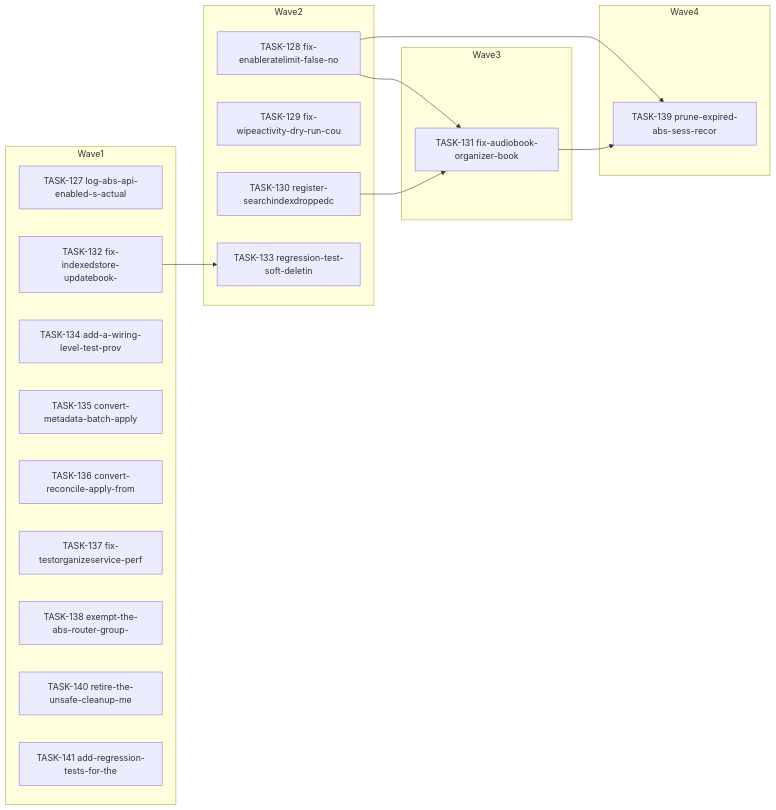
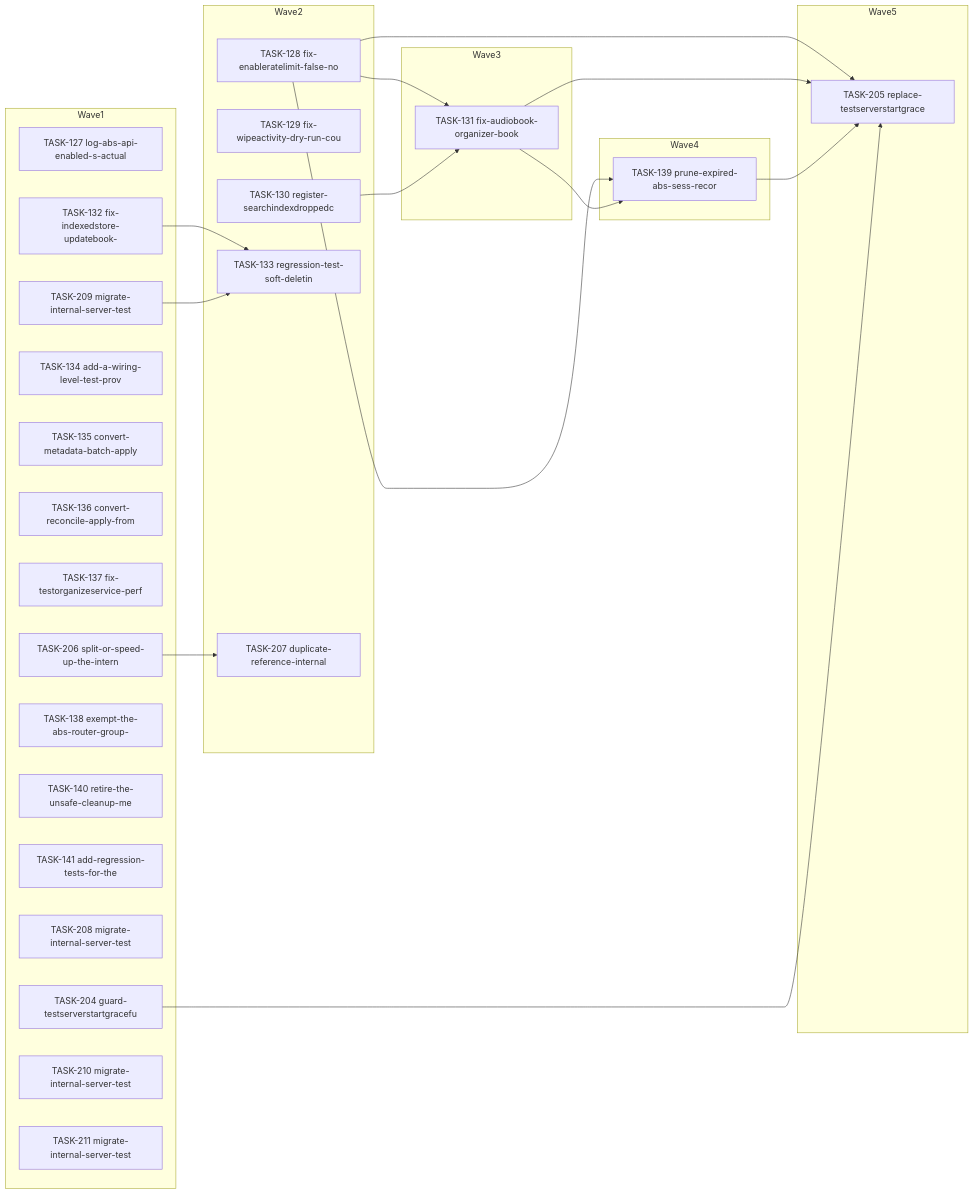
The diagram in docs/agent-tasks/todo-completion/server/orchestration.md (falkcorp/audiobook-organizer), drawn with Mermaid before and after one commit. The commit also changed other lines of this file and 275 other files, not shown here.

````diff
--- a/docs/agent-tasks/todo-completion/server/orchestration.md
+++ b/docs/agent-tasks/todo-completion/server/orchestration.md
@@ -12,31 +12,47 @@
 ```mermaid
 flowchart LR
     subgraph Wave1
       TASK127[TASK-127 log-abs-api-enabled-s-actual]
+      TASK204[TASK-204 guard-testserverstartgracefu]
       TASK132[TASK-132 fix-indexedstore-updatebook-]
       TASK134[TASK-134 add-a-wiring-level-test-prov]
       TASK135[TASK-135 convert-metadata-batch-apply]
       TASK136[TASK-136 convert-reconcile-apply-from]
       TASK137[TASK-137 fix-testorganizeservice-perf]
+      TASK206[TASK-206 split-or-speed-up-the-intern]
       TASK138[TASK-138 exempt-the-abs-router-group-]
       TASK140[TASK-140 retire-the-unsafe-cleanup-me]
       TASK141[TASK-141 add-regression-tests-for-the]
+      TASK208[TASK-208 migrate-internal-server-test]
+      TASK209[TASK-209 migrate-internal-server-test]
+      TASK210[TASK-210 migrate-internal-server-test]
+      TASK211[TASK-211 migrate-internal-server-test]
     end
     subgraph Wave2
       TASK128[TASK-128 fix-enableratelimit-false-no]
       TASK129[TASK-129 fix-wipeactivity-dry-run-cou]
       TASK130[TASK-130 register-searchindexdroppedc]
       TASK133[TASK-133 regression-test-soft-deletin]
+      TASK207[TASK-207 duplicate-reference-internal]
     end
     subgraph Wave3
       TASK131[TASK-131 fix-audiobook-organizer-book]
     end
     subgraph Wave4
       TASK139[TASK-139 prune-expired-abs-sess-recor]
     end
+    subgraph Wave5
+      TASK205[TASK-205 replace-testserverstartgrace]
+    end
     TASK128 --> TASK131
     TASK128 --> TASK139
+    TASK128 --> TASK205
     TASK130 --> TASK131
     TASK131 --> TASK139
+    TASK131 --> TASK205
     TASK132 --> TASK133
+    TASK139 --> TASK205
+    TASK204 --> TASK205
+    TASK206 --> TASK207
+    TASK209 --> TASK133
 ```
````
